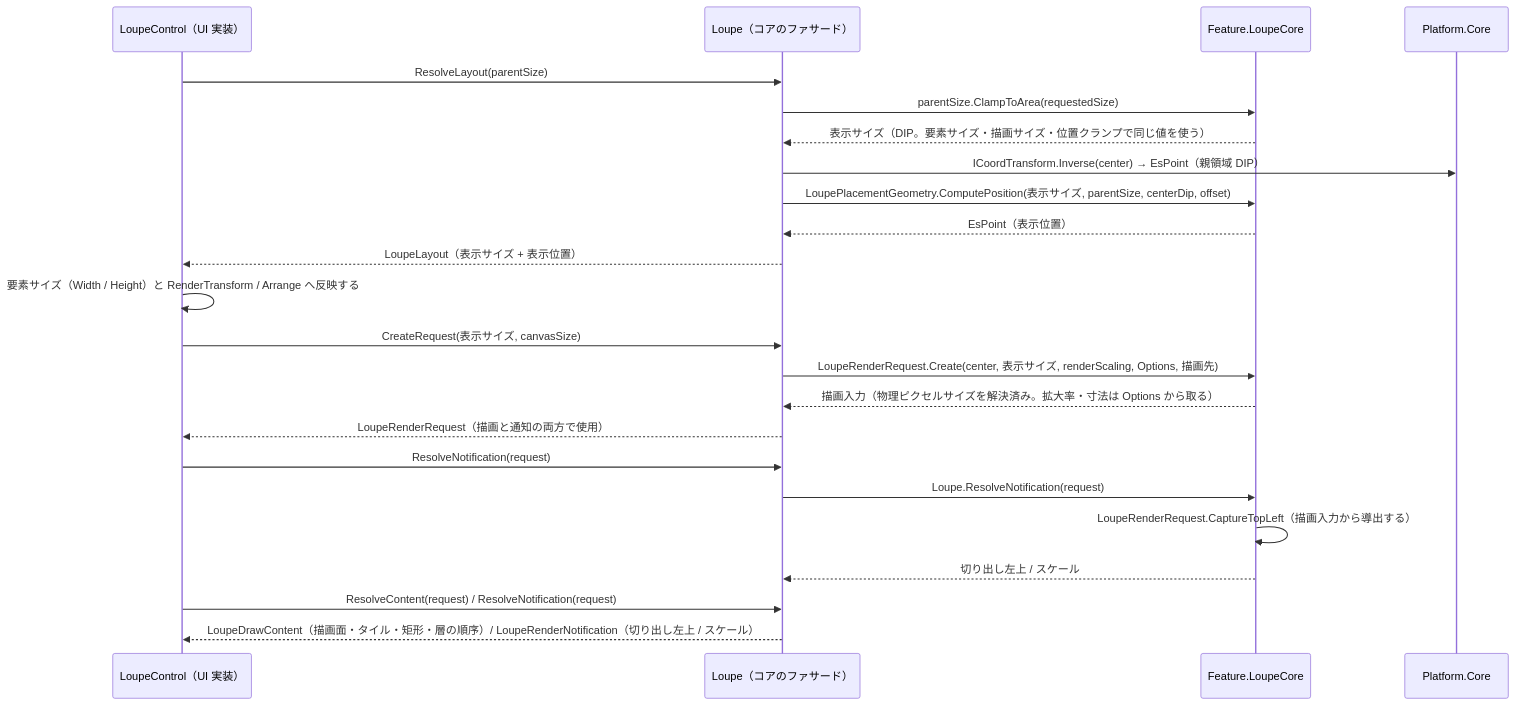
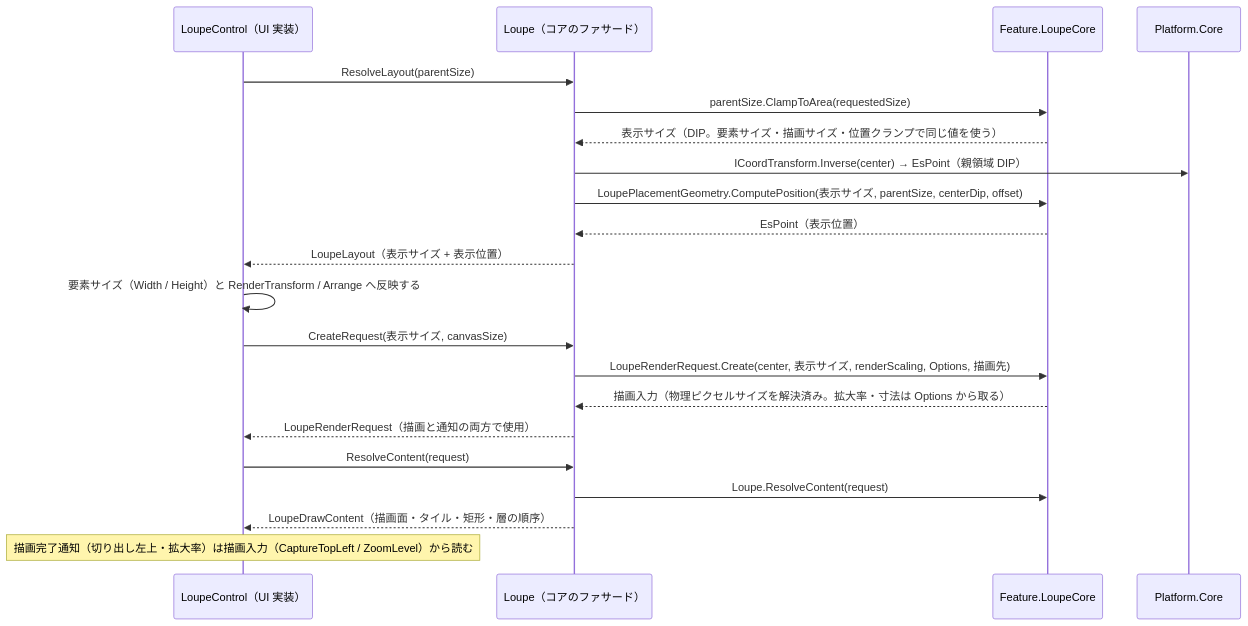
Before and after one commit to tomokuni/SaveEvidence: the second of 2 diagrams in src/Feature.LoupeCore/SPEC_System.md, drawn with Mermaid. The commit also changed other lines of this file and 57 other files, not shown here.

````diff
--- a/src/Feature.LoupeCore/SPEC_System.md
+++ b/src/Feature.LoupeCore/SPEC_System.md
@@ -67,28 +65,27 @@
 ```mermaid
 sequenceDiagram
   participant UI as LoupeControl（UI 実装）
   participant Fac as Loupe（コアのファサード）
   participant Core as Feature.LoupeCore
   participant PC as Platform.Core
 
   UI->>Fac: ResolveLayout(parentSize)
   Fac->>Core: parentSize.ClampToArea(requestedSize)
   Core-->>Fac: 表示サイズ（DIP。要素サイズ・描画サイズ・位置クランプで同じ値を使う）
   Fac->>PC: ICoordTransform.Inverse(center) → EsPoint（親領域 DIP）
   Fac->>Core: LoupePlacementGeometry.ComputePosition(表示サイズ, parentSize, centerDip, offset)
   Core-->>Fac: EsPoint（表示位置）
   Fac-->>UI: LoupeLayout（表示サイズ + 表示位置）
   UI->>UI: 要素サイズ（Width / Height）と RenderTransform / Arrange へ反映する
 
   UI->>Fac: CreateRequest(表示サイズ, canvasSize)
   Fac->>Core: LoupeRenderRequest.Create(center, 表示サイズ, renderScaling, Options, 描画先)
   Core-->>Fac: 描画入力（物理ピクセルサイズを解決済み。拡大率・寸法は Options から取る）
   Fac-->>UI: LoupeRenderRequest（描画と通知の両方で使用）
 
-  UI->>Fac: ResolveNotification(request)
-  Fac->>Core: Loupe.ResolveNotification(request)
-  Core->>Core: LoupeRenderRequest.CaptureTopLeft（描画入力から導出する）
-  Core-->>Fac: 切り出し左上 / スケール
-  UI->>Fac: ResolveContent(request) / ResolveNotification(request)
-  Fac-->>UI: LoupeDrawContent（描画面・タイル・矩形・層の順序）/ LoupeRenderNotification（切り出し左上 / スケール）
+  UI->>Fac: ResolveContent(request)
+  Fac->>Core: Loupe.ResolveContent(request)
+  Fac-->>UI: LoupeDrawContent（描画面・タイル・矩形・層の順序）
+
+  Note over UI: 描画完了通知（切り出し左上・拡大率）は描画入力（CaptureTopLeft / ZoomLevel）から読む
 ```
````
